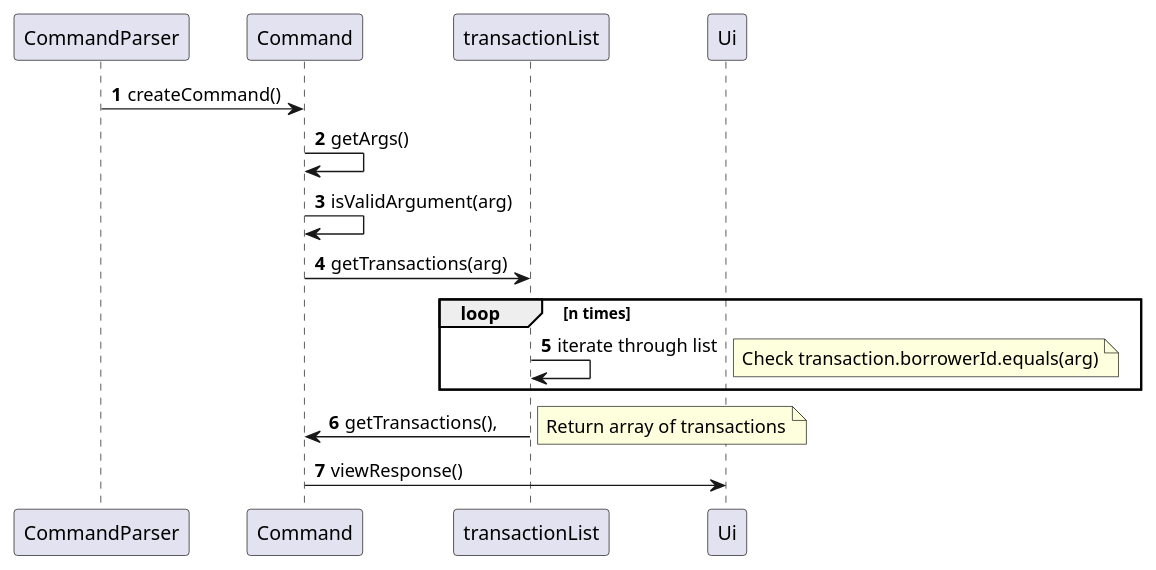
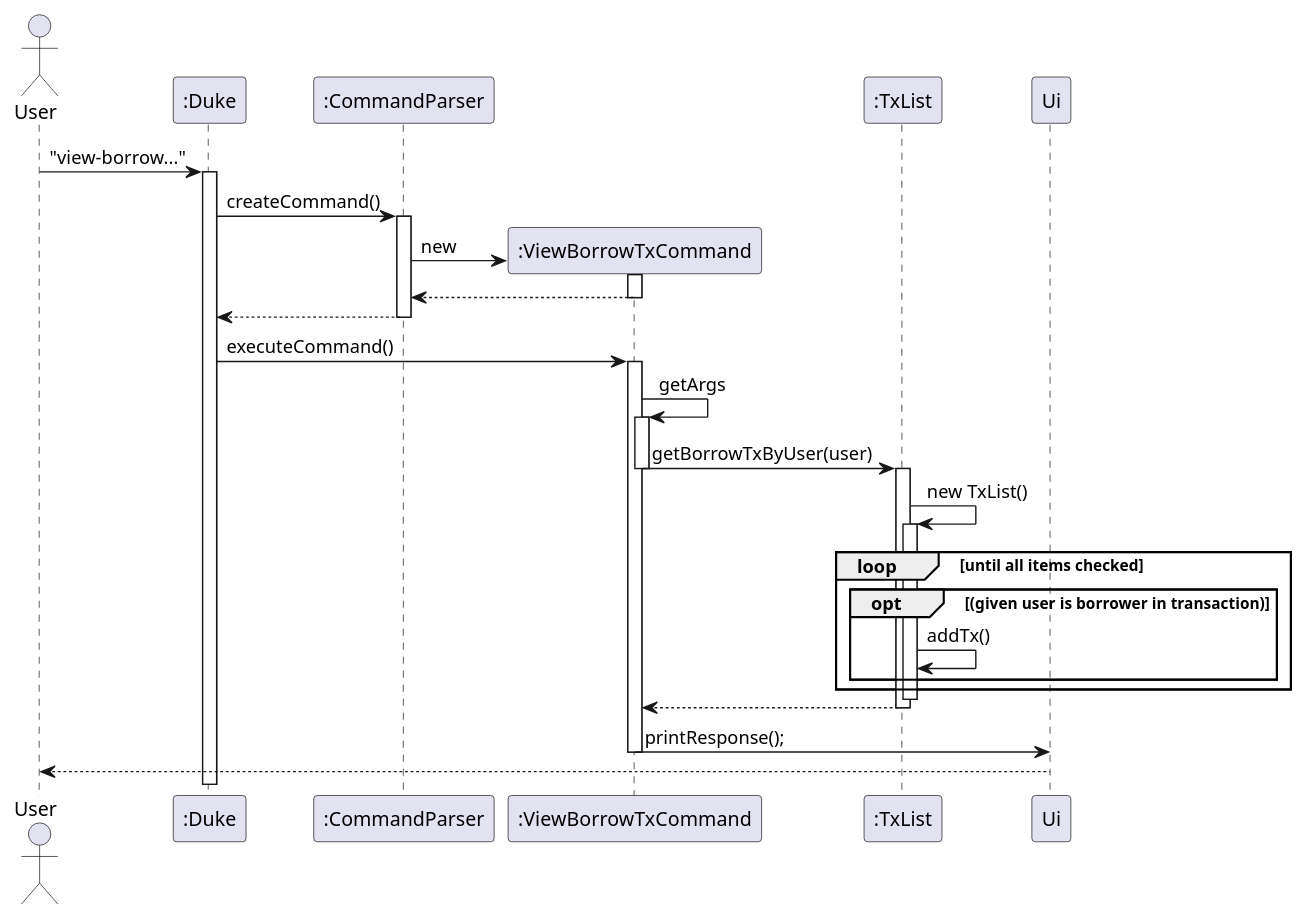
The diagram in docs/diagrams/transaction/ViewBorrowTxByUser.puml (nus-cs2113-AY2223S1/tp), drawn with PlantUML before and after one commit. The commit also changed 6 other files, not shown here.

Commit message:
updated diagrams in DG

```diff
--- a/docs/diagrams/transaction/ViewBorrowTxByUser.puml
+++ b/docs/diagrams/transaction/ViewBorrowTxByUser.puml
@@ -1,23 +1,37 @@
 @startuml
 'https://plantuml.com/sequence-diagram
 
-autonumber
+Actor User
+"User" -> ":Duke": "view-borrow..."
+activate ":Duke"
+":Duke" -> ":CommandParser": createCommand()
+activate ":CommandParser"
+":CommandParser" -> ":ViewBorrowTxCommand"**: new
+activate ":ViewBorrowTxCommand"
+return
+":CommandParser" --> ":Duke"
+deactivate
 
-CommandParser -> Command: createCommand()
-Command -> Command: getArgs()
-Command -> Command: isValidArgument(arg)
+":Duke" -> ":ViewBorrowTxCommand" : executeCommand()
+activate ":ViewBorrowTxCommand"
+":ViewBorrowTxCommand" -> ":ViewBorrowTxCommand" : getArgs
+activate ":ViewBorrowTxCommand"
+":ViewBorrowTxCommand" -> ":TxList" : getBorrowTxByUser(user)
+deactivate ":ViewBorrowTxCommand"
+activate ":TxList"
+":TxList" -> ":TxList" : new TxList()
+activate ":TxList"
+    loop until all items checked
+        opt (given user is borrower in transaction)
+            ":TxList" -> ":TxList" : addTx()
+        end
+    end
+deactivate ":TxList"
+":TxList" --> ":ViewBorrowTxCommand"
+deactivate ":TxList"
+":ViewBorrowTxCommand" -> "Ui": printResponse();
+deactivate ":ViewBorrowTxCommand"
+Ui --> User:
 
-Command -> transactionList: getTransactions(arg)
-loop n times
-transactionList -> transactionList: iterate through list
-note right
-Check transaction.borrowerId.equals(arg)
-end note
-end
-transactionList -> Command: getTransactions(),
-note right
-Return array of transactions
-end note
 
-Command -> Ui: viewResponse()
 @enduml
```
